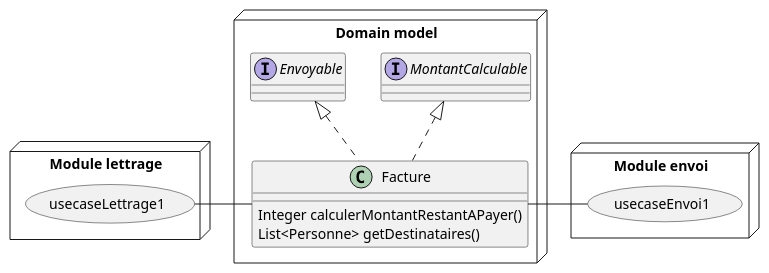
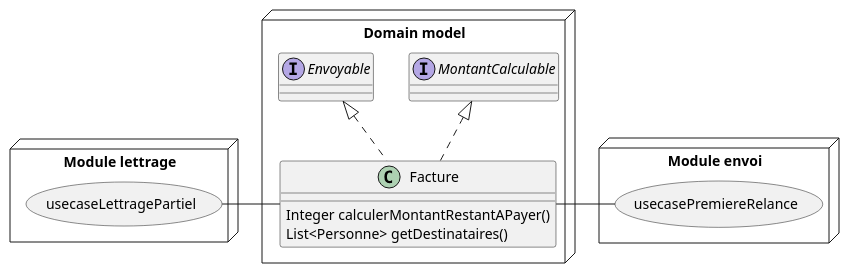
One commit to t4w4n3/articles-again changed the second of 2 diagrams in java17.adoc. Above: the diagram before and after it, drawn with PlantUML. The commit also changed other lines of this file and 2 other files, not shown here.

```diff
--- a/java17.adoc
+++ b/java17.adoc
@@ -81,29 +82,29 @@
-[plantuml,Modèle de domaine avec Facture et cas d'utilisation,png]
+[plantuml,Modèle de domaine avec Facture et cas d’utilisation,png]
 ----
 @startuml
 allow_mixing
 
 node "Domain model" {
 
 
 	class Facture implements MontantCalculable, Envoyable {
 	Integer calculerMontantRestantAPayer()
 	List<Personne> getDestinataires()
   }
 
   interface MontantCalculable
   interface Envoyable
 }
 
 node "Module lettrage" {
-  usecase usecaseLettrage1
-  usecaseLettrage1 - Facture
+  usecase usecaseLettragePartiel
+  usecaseLettragePartiel - Facture
 }
 
 node "Module envoi" {
-  usecase usecaseEnvoi1
-  usecaseEnvoi1 - Facture
+  usecase usecasePremiereRelance
+  usecasePremiereRelance - Facture
 }
 
 @enduml
 ----
```
